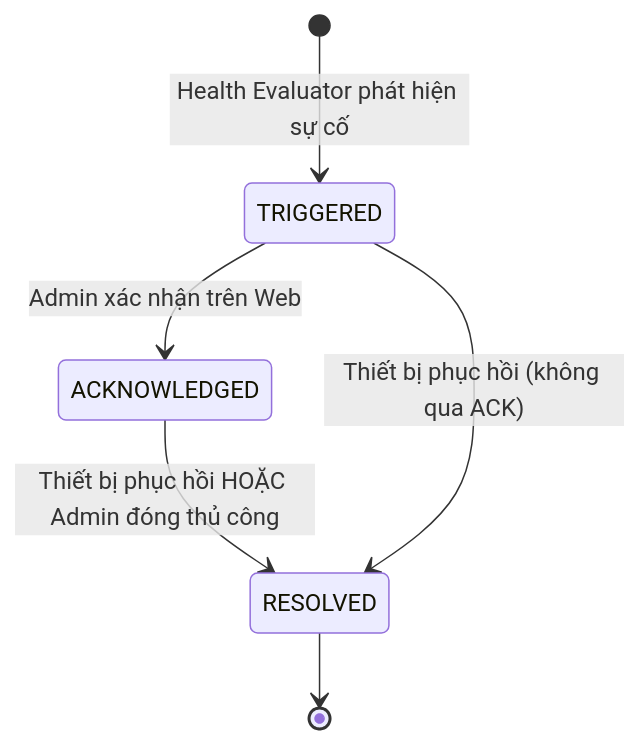
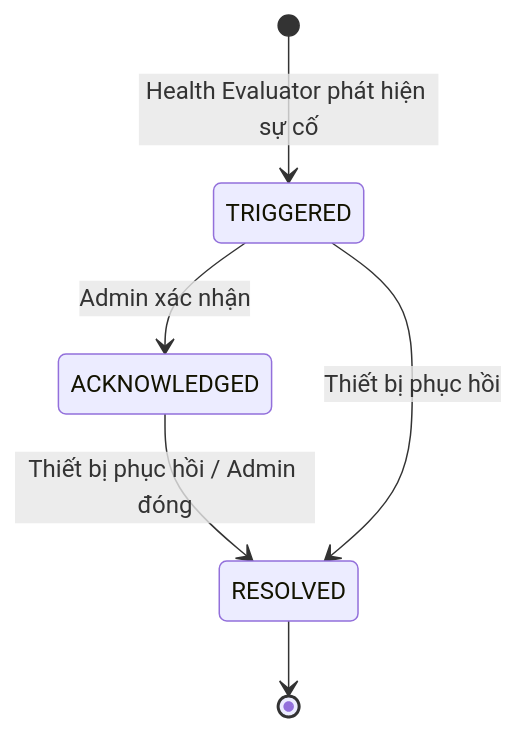
The second of 2 diagrams in rules/logic.md (mrti-dev/network-monitor), drawn with Mermaid before and after one commit. The commit also changed other lines of this file and 17 other files, not shown here.

````diff
--- a/rules/logic.md
+++ b/rules/logic.md
@@ -504,12 +190,8 @@
 ```mermaid
 stateDiagram-v2
     [*] --> TRIGGERED : Health Evaluator phát hiện sự cố
-
-    TRIGGERED --> ACKNOWLEDGED : Admin xác nhận trên Web
-
-    ACKNOWLEDGED --> RESOLVED : Thiết bị phục hồi HOẶC Admin đóng thủ công
-
-    TRIGGERED --> RESOLVED : Thiết bị phục hồi (không qua ACK)
-
+    TRIGGERED --> ACKNOWLEDGED : Admin xác nhận
+    ACKNOWLEDGED --> RESOLVED : Thiết bị phục hồi / Admin đóng
+    TRIGGERED --> RESOLVED : Thiết bị phục hồi
     RESOLVED --> [*]
 ```
````
